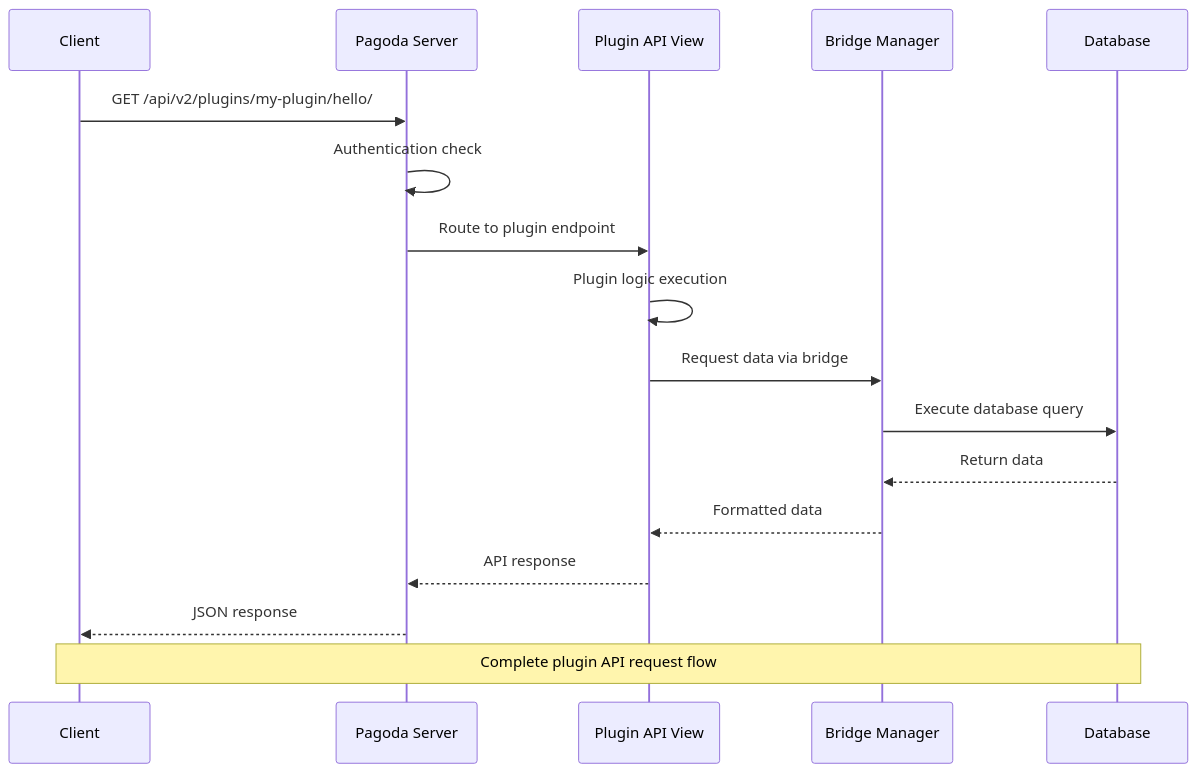
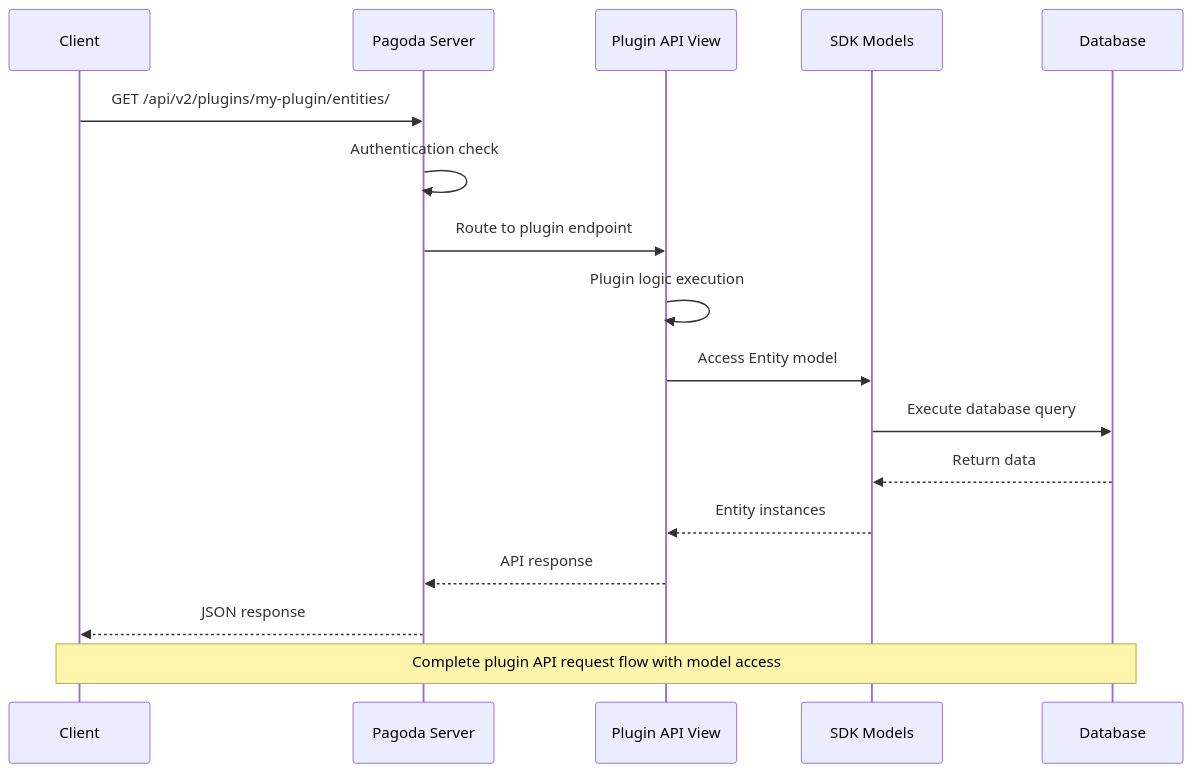
One commit to dmm-com/pagoda changed the seventh of 11 diagrams in docs/content/advanced/plugin_architecture_diagrams.md. Above: the diagram before and after it, drawn with Mermaid. The commit also changed other lines of this file and 3 other files, not shown here.

````diff
--- a/docs/content/advanced/plugin_architecture_diagrams.md
+++ b/docs/content/advanced/plugin_architecture_diagrams.md
@@ -291,21 +286,21 @@
 ```mermaid
 sequenceDiagram
     participant C as Client
     participant Pagoda as Pagoda Server
     participant PluginAPI as Plugin API View
-    participant Bridge as Bridge Manager
+    participant SDK_MODELS as SDK Models
     participant DB as Database
 
-    C->>Pagoda: GET /api/v2/plugins/my-plugin/hello/
+    C->>Pagoda: GET /api/v2/plugins/my-plugin/entities/
     Pagoda->>Pagoda: Authentication check
     Pagoda->>PluginAPI: Route to plugin endpoint
     PluginAPI->>PluginAPI: Plugin logic execution
-    PluginAPI->>Bridge: Request data via bridge
-    Bridge->>DB: Execute database query
-    DB-->>Bridge: Return data
-    Bridge-->>PluginAPI: Formatted data
+    PluginAPI->>SDK_MODELS: Access Entity model
+    SDK_MODELS->>DB: Execute database query
+    DB-->>SDK_MODELS: Return data
+    SDK_MODELS-->>PluginAPI: Entity instances
     PluginAPI-->>Pagoda: API response
     Pagoda-->>C: JSON response
 
-    Note over C,DB: Complete plugin API request flow
+    Note over C,DB: Complete plugin API request flow with model access
 ```
````
